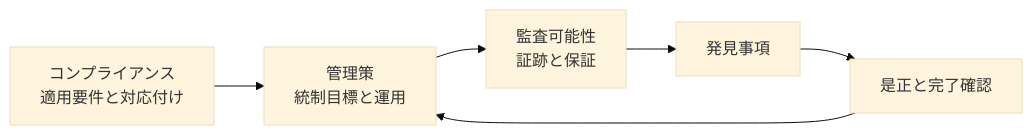
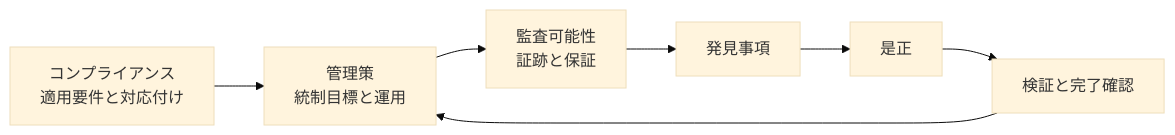
One commit to skitazaki/notes-with-ai changed the diagram in content/docs/data/governance/compliance-and-auditability/_index.ja.md. Above: the diagram before and after it, drawn with Mermaid (base theme). The commit also changed 7 other files, not shown here.

````diff
--- a/content/docs/data/governance/compliance-and-auditability/_index.ja.md
+++ b/content/docs/data/governance/compliance-and-auditability/_index.ja.md
@@ -17,5 +17,5 @@
 ```mermaid
 flowchart LR
   CMP["コンプライアンス<br/>適用要件と対応付け"] --> CTRL["管理策<br/>統制目標と運用"] --> AUD["監査可能性<br/>証跡と保証"]
-  AUD --> F["発見事項"] --> R["是正と完了確認"] --> CTRL
+  AUD --> F["発見事項"] --> R["是正"] --> V["検証と完了確認"] --> CTRL
 ```
````
